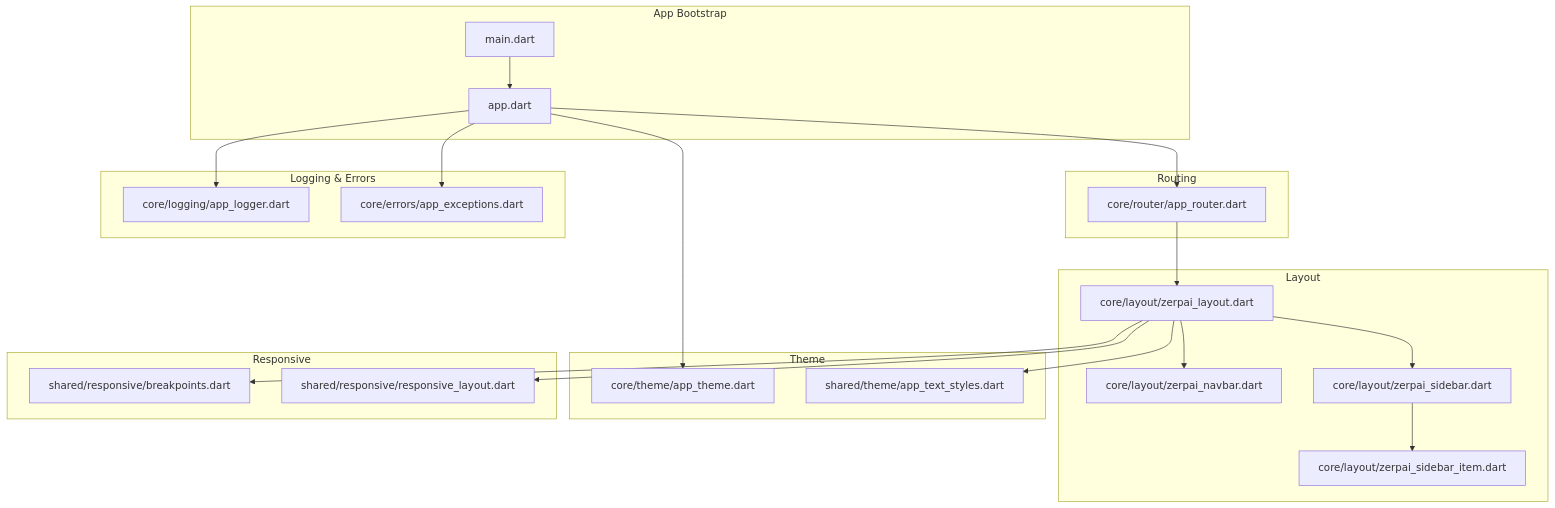
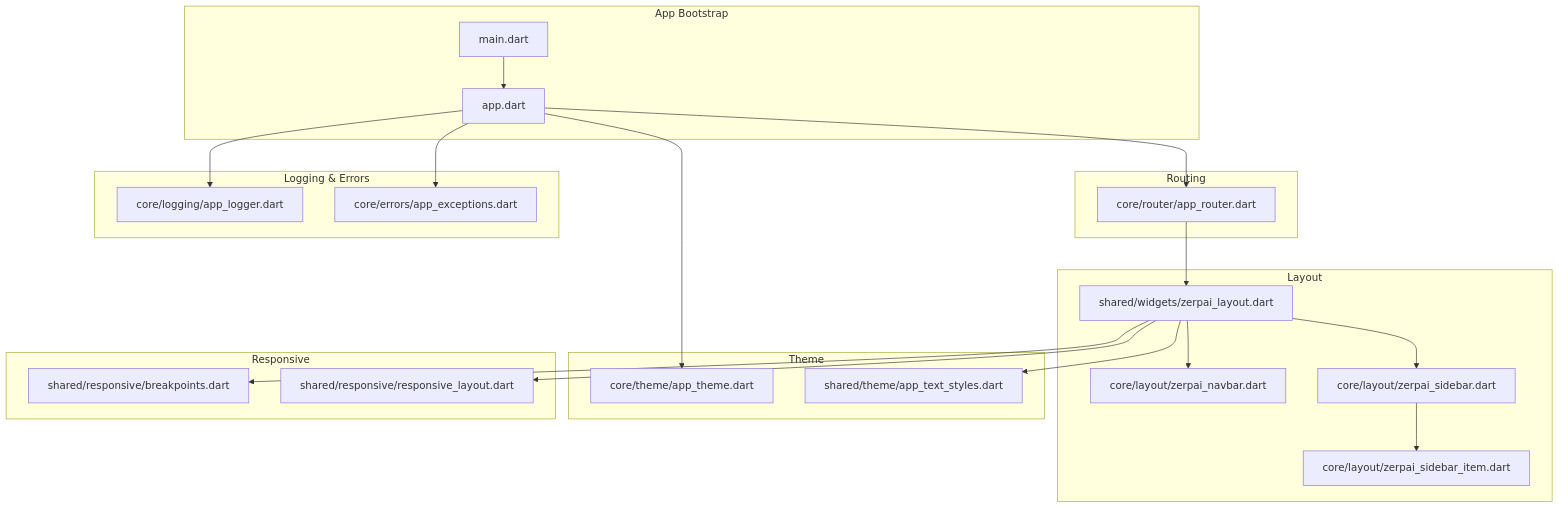
The first of 9 diagrams in repowiki/en/content/Frontend Development/Core Infrastructure.md (ARUNTHOMAS3/trans), drawn with Mermaid before and after one commit. The commit also changed other lines of this file and 112 other files, not shown here.

````diff
--- a/repowiki/en/content/Frontend Development/Core Infrastructure.md
+++ b/repowiki/en/content/Frontend Development/Core Infrastructure.md
@@ -44,40 +49,40 @@
 ```mermaid
 graph TB
 subgraph "App Bootstrap"
 MAIN["main.dart"]
 APP["app.dart"]
 end
 subgraph "Routing"
 ROUTER["core/router/app_router.dart"]
 end
 subgraph "Layout"
-LAYOUT["core/layout/zerpai_layout.dart"]
+LAYOUT["shared/widgets/zerpai_layout.dart"]
 NAVBAR["core/layout/zerpai_navbar.dart"]
 SIDEBAR["core/layout/zerpai_sidebar.dart"]
 SIDEBAR_ITEM["core/layout/zerpai_sidebar_item.dart"]
 end
 subgraph "Theme"
 THEME_CORE["core/theme/app_theme.dart"]
 THEME_SHARED["shared/theme/app_text_styles.dart"]
 end
 subgraph "Responsive"
 BP["shared/responsive/breakpoints.dart"]
 RL["shared/responsive/responsive_layout.dart"]
 end
 subgraph "Logging & Errors"
 LOGGER["core/logging/app_logger.dart"]
 EXC["core/errors/app_exceptions.dart"]
 end
 MAIN --> APP
 APP --> ROUTER
 ROUTER --> LAYOUT
 LAYOUT --> NAVBAR
 LAYOUT --> SIDEBAR
 SIDEBAR --> SIDEBAR_ITEM
 APP --> THEME_CORE
 LAYOUT --> THEME_SHARED
 LAYOUT --> BP
 LAYOUT --> RL
 APP --> LOGGER
 APP --> EXC
 ```
````
